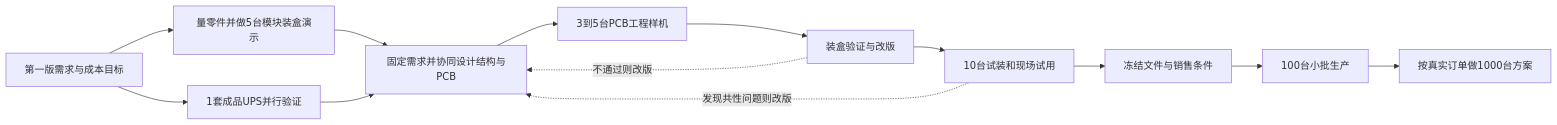
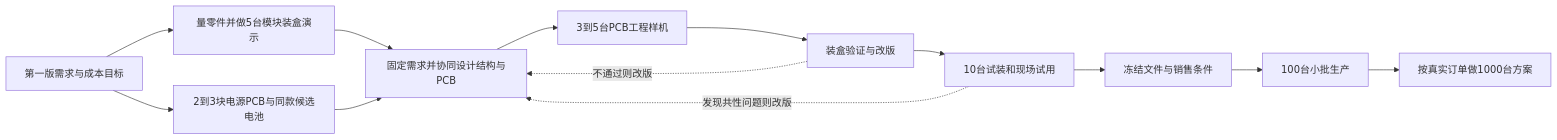
One commit to xwyjh3612/doorbell_demo changed the diagram in 语音对讲产品从样机到量产路线.md. Above: the diagram before and after it, drawn with Mermaid. The commit also changed other lines of this file and 10 other files, not shown here.

````diff
--- a/语音对讲产品从样机到量产路线.md
+++ b/语音对讲产品从样机到量产路线.md
@@ -23,15 +23,15 @@
 ```mermaid
 flowchart LR
  A[第一版需求与成本目标] --> B[量零件并做5台模块装盒演示]
- A --> U[1套成品UPS并行验证]
+ A --> U[2到3块电源PCB与同款候选电池]
  B --> C[固定需求并协同设计结构与PCB]
  U --> C
  C --> D[3到5台PCB工程样机]
  D --> E[装盒验证与改版]
  E --> F[10台试装和现场试用]
  F --> G[冻结文件与销售条件]
  G --> H[100台小批生产]
  H --> I[按真实订单做1000台方案]
  E -.不通过则改版.-> C
  F -.发现共性问题则改版.-> C
 ```
````
